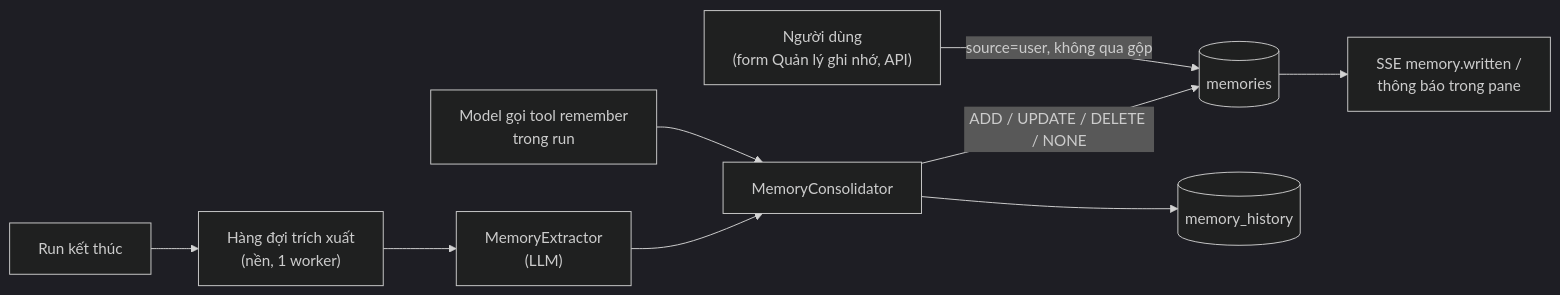
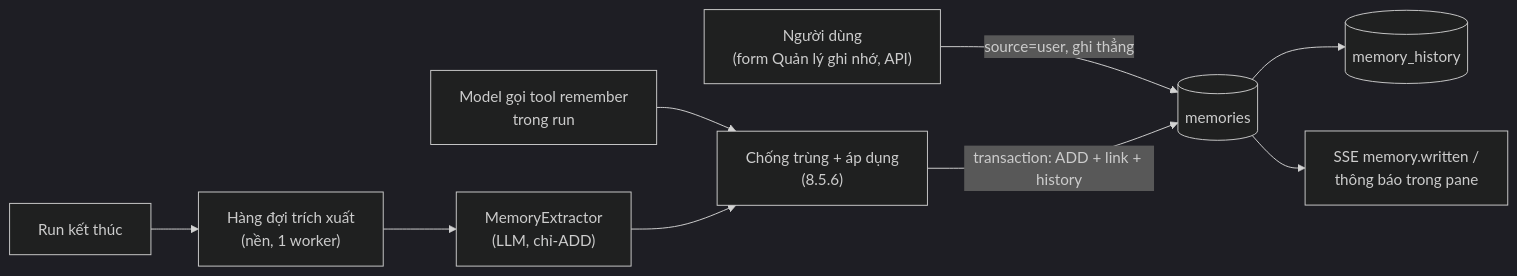
Before and after one commit to rgb-vgx/Axiom-Office: the fourth of 4 diagrams in New_arch.md, drawn with Mermaid (dark theme). The commit also changed other lines of this file and 1 other file, not shown here.

First line of the commit message:
docs: New_arch.md - memory học đúng mem0 2.2.1 (trích xuất chỉ-ADD)

````diff
--- a/New_arch.md
+++ b/New_arch.md
@@ -607,9 +626,9 @@
 ```mermaid
 flowchart LR
-    u["Người dùng<br/>(form Quản lý ghi nhớ, API)"] -->|"source=user, không qua gộp"| store[("memories")]
-    a["Model gọi tool remember<br/>trong run"] --> cons["MemoryConsolidator"]
-    r["Run kết thúc"] --> q["Hàng đợi trích xuất<br/>(nền, 1 worker)"] --> ext["MemoryExtractor<br/>(LLM)"] --> cons
-    cons -->|"ADD / UPDATE / DELETE / NONE"| store
-    cons --> hist[("memory_history")]
+    u["Người dùng<br/>(form Quản lý ghi nhớ, API)"] -->|"source=user, ghi thẳng"| store[("memories")]
+    a["Model gọi tool remember<br/>trong run"] --> dedup["Chống trùng + áp dụng<br/>(8.5.6)"]
+    r["Run kết thúc"] --> q["Hàng đợi trích xuất<br/>(nền, 1 worker)"] --> ext["MemoryExtractor<br/>(LLM, chỉ-ADD)"] --> dedup
+    dedup -->|"transaction: ADD + link + history"| store
+    store --> hist[("memory_history")]
     store --> ev["SSE memory.written /<br/>thông báo trong pane"]
 ```
````
